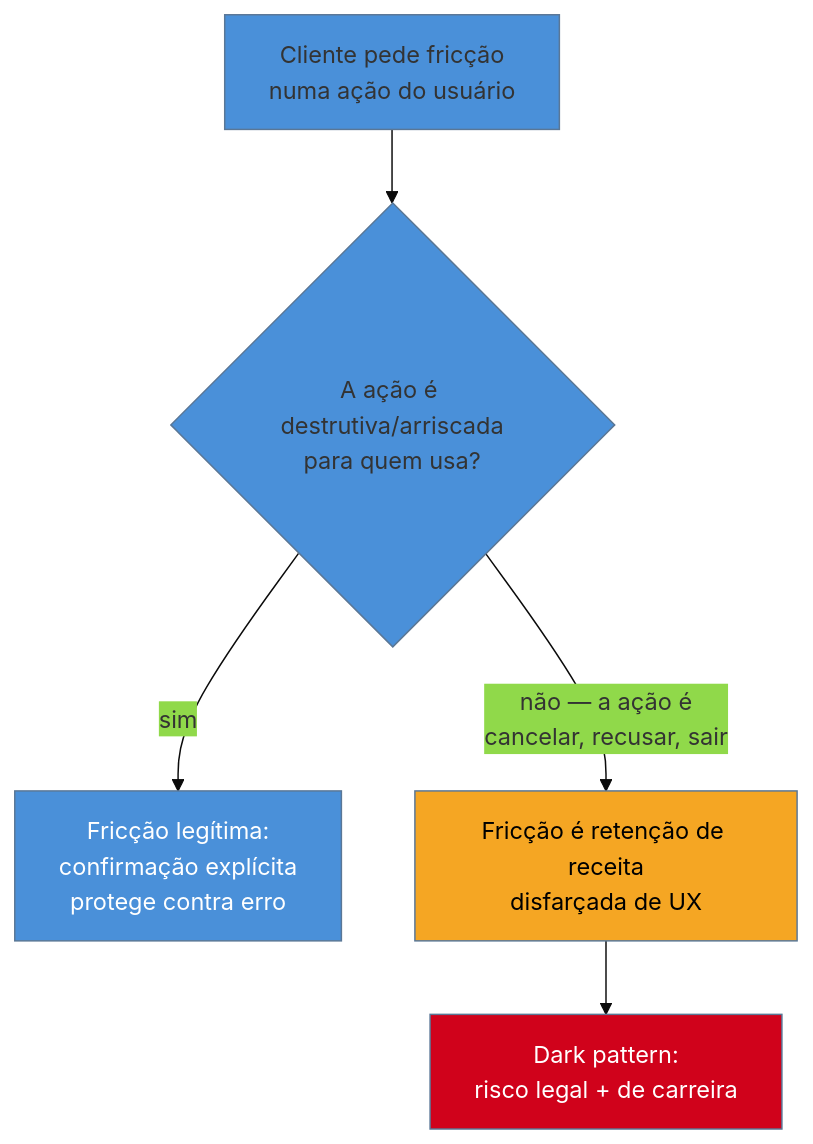
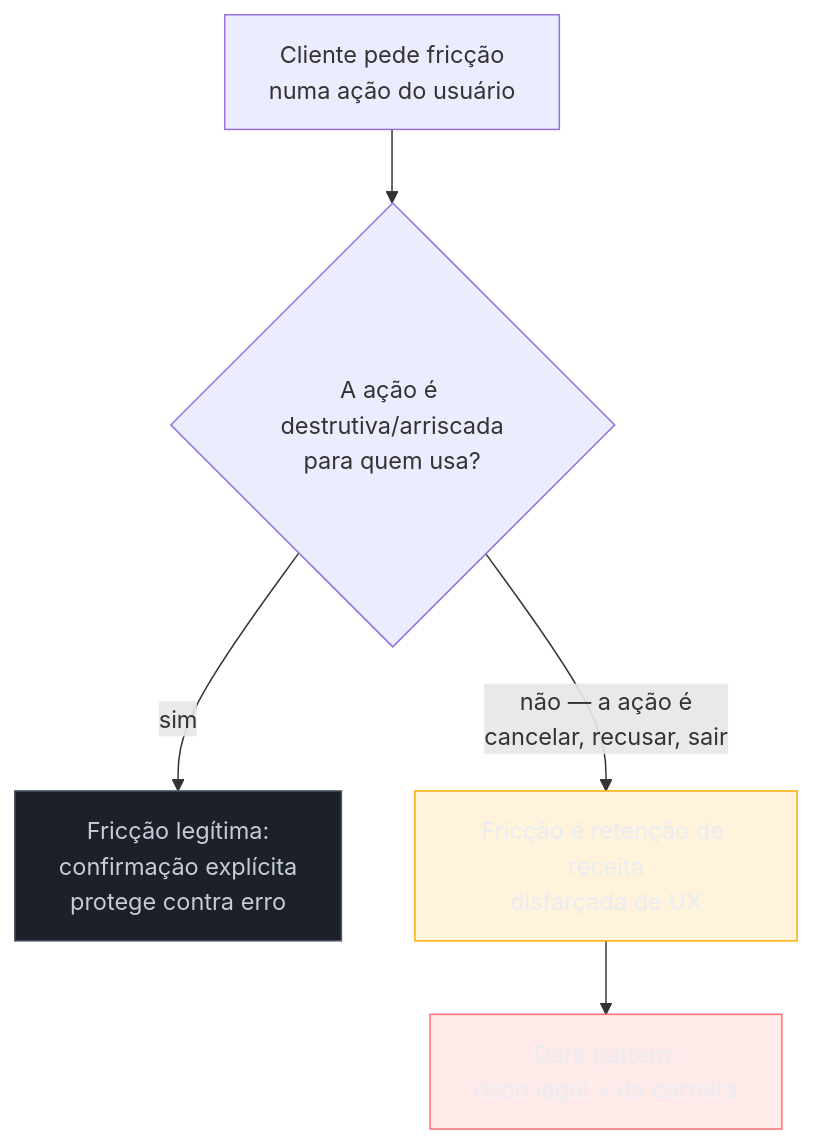
One commit to josenaldo/codex-technomanticus changed the diagram in 03-Dominios/Engenharia/UX/Ética e Ofício/46 - Dark patterns e regulação.md. Above: the diagram before and after it, drawn with Mermaid. The commit also changed 1181 other files, not shown here.

First line of the commit message:
fix(diagramas): paleta do sistema no lugar de cor cravada no markdown

````diff
--- a/03-Dominios/Engenharia/UX/Ética e Ofício/46 - Dark patterns e regulação.md
+++ b/03-Dominios/Engenharia/UX/Ética e Ofício/46 - Dark patterns e regulação.md
@@ -36,11 +36,13 @@
 ```mermaid
-%%{init: {"theme": "base", "themeVariables": {"primaryColor": "#4A90D9"}}}%%
 graph TD
+    classDef neutro fill:#1B2029,stroke:#4E5666,color:#C6CCD8
+    classDef destaque fill:#FFAA0024,stroke:#FFAA00,color:#E9ECF2
+    classDef falha fill:#FF6B6B24,stroke:#FF6B6B,color:#E9ECF2
     A["Cliente pede fricção<br/>numa ação do usuário"] --> B{"A ação é destrutiva/arriscada<br/>para quem usa?"}
     B -->|sim| C["Fricção legítima:<br/>confirmação explícita<br/>protege contra erro"]
     B -->|não — a ação é<br/>cancelar, recusar, sair| D["Fricção é retenção de receita<br/>disfarçada de UX"]
     D --> E["Dark pattern:<br/>risco legal + de carreira"]
-    style C fill:#4A90D9,color:#fff
-    style D fill:#F5A623,color:#000
-    style E fill:#D0021B,color:#fff
+    class C neutro
+    class D destaque
+    class E falha
 ```
````
